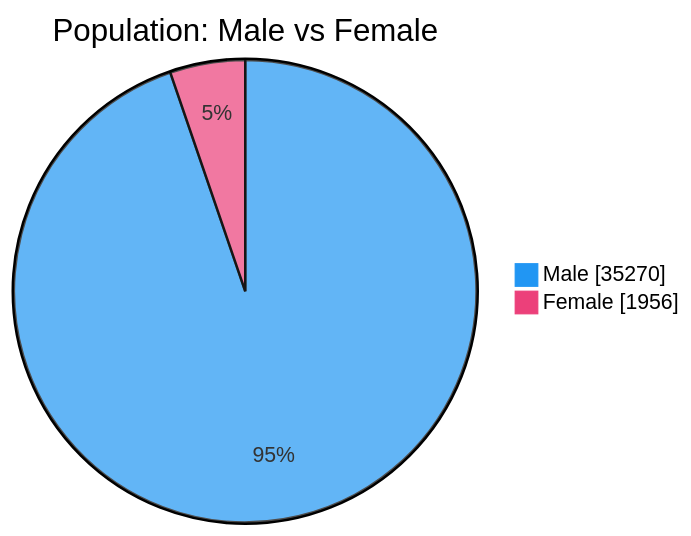
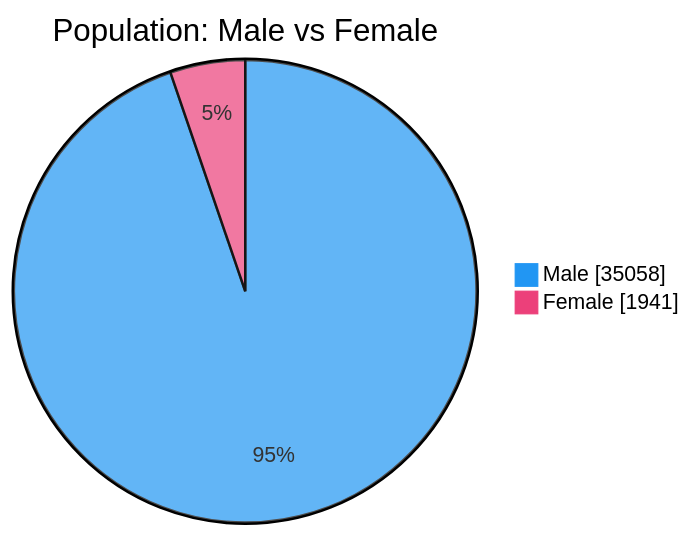
Before and after one commit to nuuuwan/lk_prisons: the second of 7 diagrams in README.md, drawn with Mermaid. The commit also changed other lines of this file and 1 other file, not shown here.

````diff
--- a/README.md
+++ b/README.md
@@ -54,6 +54,6 @@
 ```mermaid
 %%{init: {'themeVariables': {'pie1': '#2196F3', 'pie2': '#EC407A'}}}%%
 pie showData title Population: Male vs Female
-    "Male" : 35270
-    "Female" : 1956
+    "Male" : 35058
+    "Female" : 1941
 ```
````
